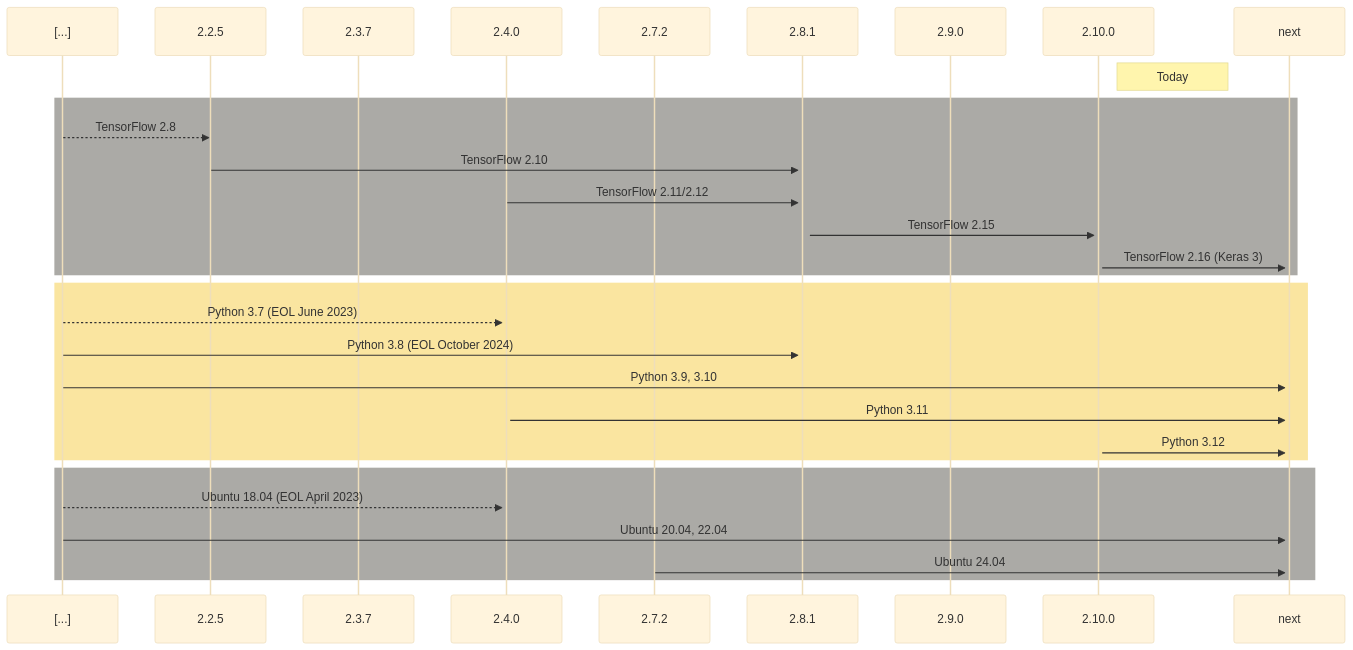
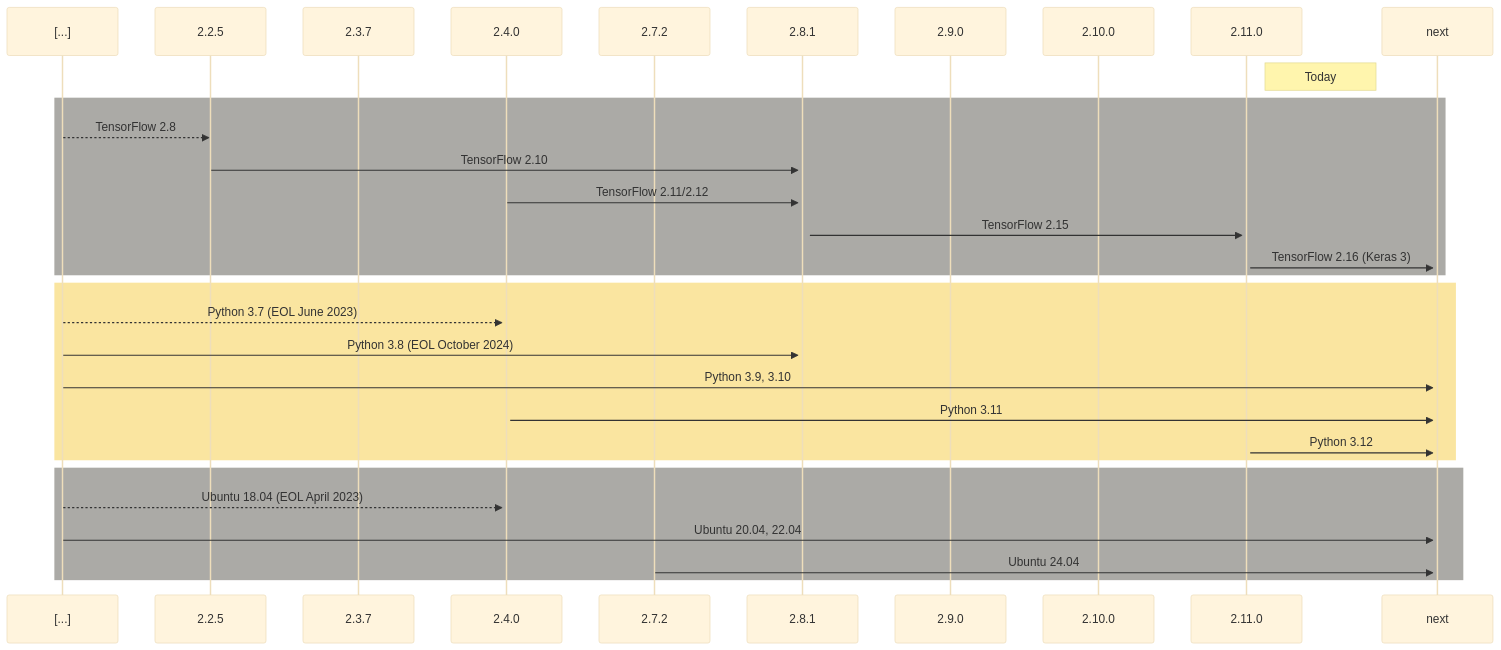
Before and after one commit to Brainchip-Inc/akida_examples: the diagram in README.md, drawn with Mermaid. The commit also changed 1 other file, not shown here.

Commit message:
chore(requirements): update to 2.11

````diff
--- a/README.md
+++ b/README.md
@@ -67,33 +67,34 @@
 ```mermaid
 sequenceDiagram
     participant [...]
     participant 2.2.5
     participant 2.3.7
     participant 2.4.0
     participant 2.7.2
     participant 2.8.1
     participant 2.9.0
     participant 2.10.0
+    participant 2.11.0
     participant next
-    Note right of 2.10.0: Today
+    Note right of 2.11.0: Today
 rect rgb(171, 170, 166)
     [...]-->>2.2.5: TensorFlow 2.8
     2.2.5->>+2.8.1: TensorFlow 2.10
     2.4.0->>+2.8.1: TensorFlow 2.11/2.12
-    2.8.1->>+2.10.0: TensorFlow 2.15
-    2.10.0->>+next: TensorFlow 2.16 (Keras 3)
+    2.8.1->>+2.11.0: TensorFlow 2.15
+    2.11.0->>+next: TensorFlow 2.16 (Keras 3)
 end
 rect rgb(250, 229, 160)
     [...]-->>+2.4.0: Python 3.7 (EOL June 2023)
     [...]->>+2.8.1: Python 3.8 (EOL October 2024)
     [...]->>+next: Python 3.9, 3.10
     2.4.0->>+next: Python 3.11
-    2.10.0->>+next: Python 3.12
+    2.11.0->>+next: Python 3.12
 end
 rect rgb(171, 170, 166)
     [...]-->>+2.4.0: Ubuntu 18.04 (EOL April 2023)
     [...]->>+next: Ubuntu 20.04, 22.04
     2.7.2->>+next: Ubuntu 24.04
 end
 %%{init:{'theme':'base'}}%%
 ```
````
